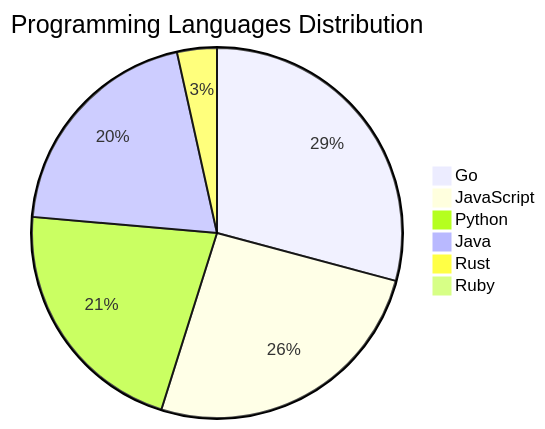
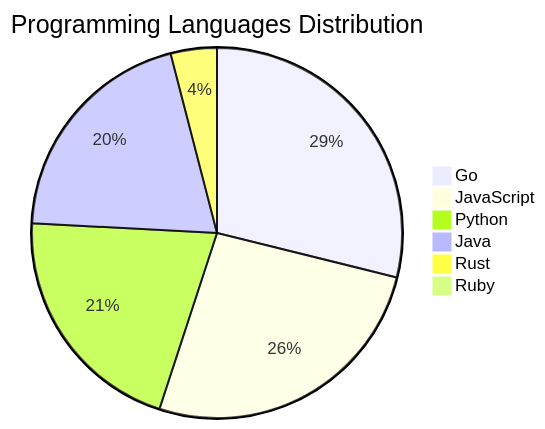
The diagram in README.md (Derrick-MUGISHA/github-activity-bot), drawn with Mermaid before and after one commit. The commit also changed other lines of this file and 4 other files, not shown here.

````diff
--- a/README.md
+++ b/README.md
@@ -205,9 +206,9 @@
 ```mermaid
 pie title Programming Languages Distribution
-    "Go" : 42
-    "JavaScript" : 37
+    "Go" : 43
+    "JavaScript" : 39
     "Python" : 31
-    "Java" : 29
-    "Rust" : 5
+    "Java" : 30
+    "Rust" : 6
     "Ruby" : 1
 ```
````
